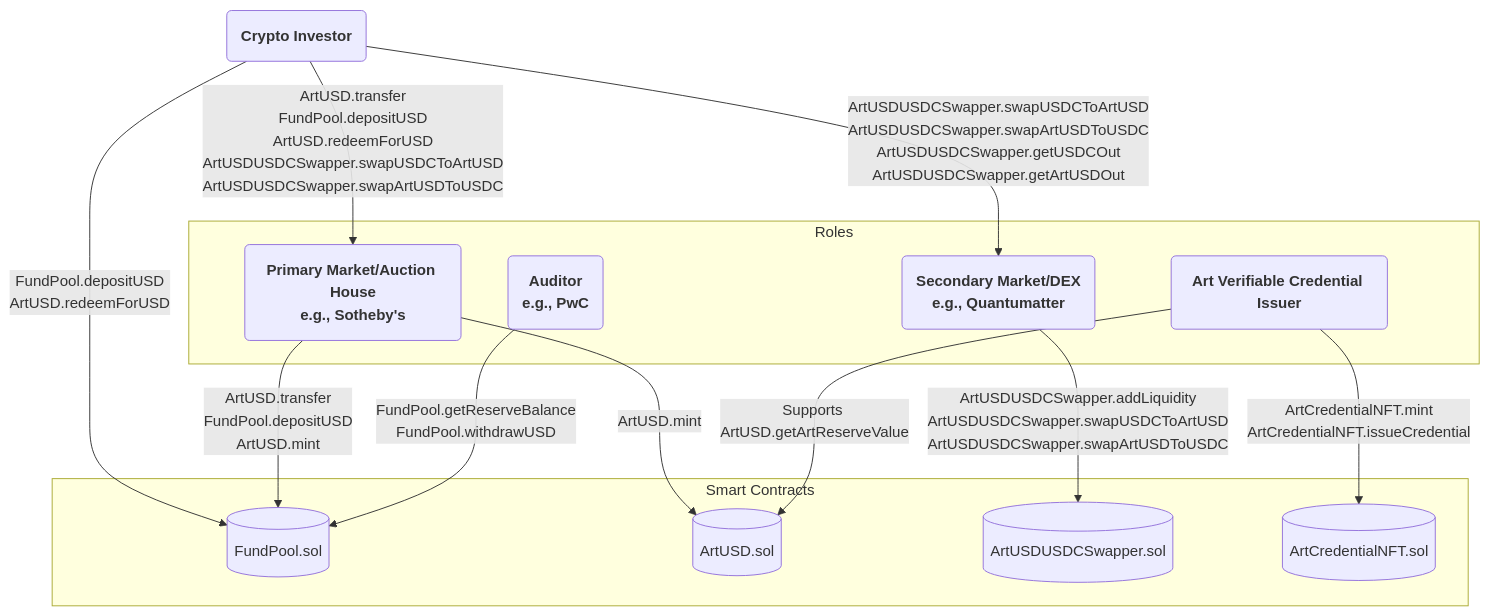
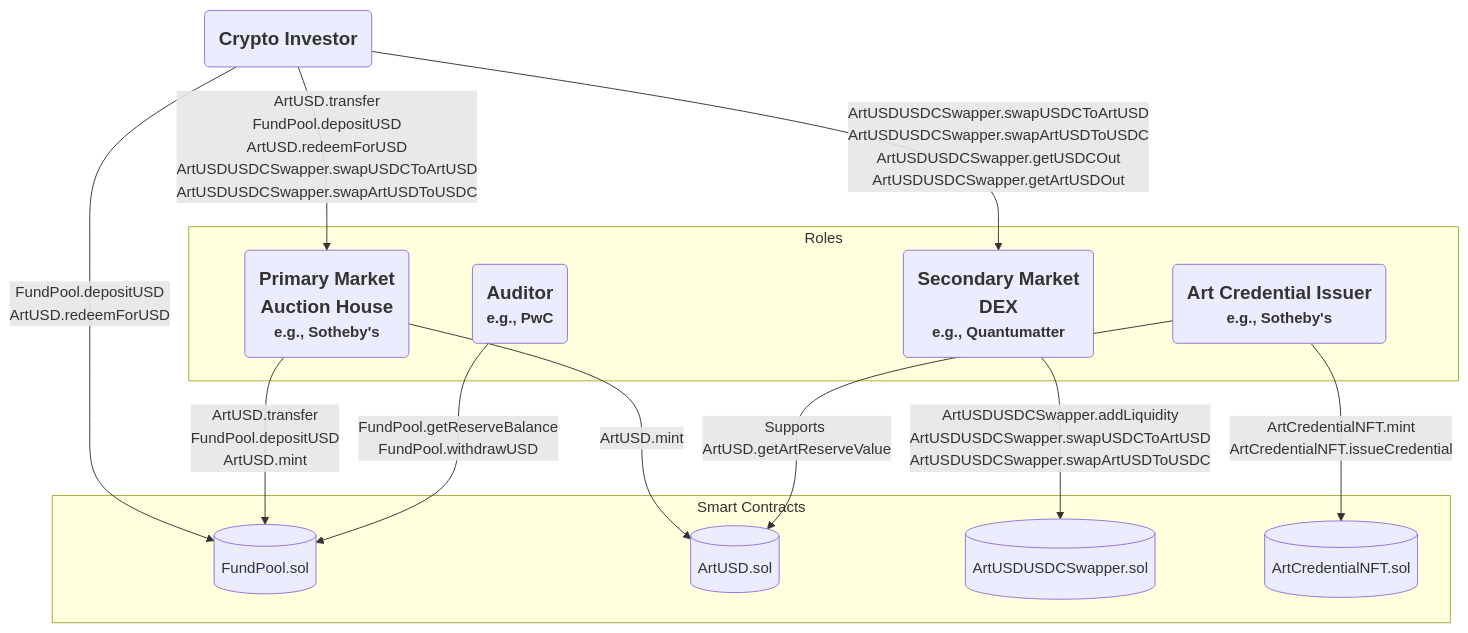
One commit to realmatterio/ArtUSD changed the diagram in README.md. Above: the diagram before and after it, drawn with Mermaid.

````diff
--- a/README.md
+++ b/README.md
@@ -57,31 +57,37 @@
 ```mermaid
-flowchart TD
+---
+Crypto Investor | Primary Market | Secondary Market| Credential Issuer | Auditor
+---
+graph TD
 
-    A(<b style="font-size: 16px;">Crypto Investor</b>) -->|ArtUSD.transfer<br>FundPool.depositUSD<br>ArtUSD.redeemForUSD<br>ArtUSDUSDCSwapper.swapUSDCToArtUSD<br>ArtUSDUSDCSwapper.swapArtUSDToUSDC| B(<b style="font-size: 16px;">Primary Market/Auction House<br>e.g., Sotheby's</b>)
+    %% Central node
+    A(<b style="font-size: 20px;">Crypto Investor</b>)
+
+    A -->|ArtUSD.transfer<br>FundPool.depositUSD<br>ArtUSD.redeemForUSD<br>ArtUSDUSDCSwapper.swapUSDCToArtUSD<br>ArtUSDUSDCSwapper.swapArtUSDToUSDC| B(<b style="font-size: 16px;">Primary Market/Auction House<br>e.g., Sotheby's</b>)
     A -->|ArtUSDUSDCSwapper.swapUSDCToArtUSD<br>ArtUSDUSDCSwapper.swapArtUSDToUSDC<br>ArtUSDUSDCSwapper.getUSDCOut<br>ArtUSDUSDCSwapper.getArtUSDOut| C(<b style="font-size: 16px;">Secondary Market/DEX<br>e.g., Quantumatter</b>)
     A -->|FundPool.depositUSD<br>ArtUSD.redeemForUSD| D[(FundPool.sol)]
 
     subgraph Roles
-        B(<b style="font-size: 16px;">Primary Market/Auction House<br>e.g., Sotheby's</b>)
-        C(<b style="font-size: 16px;">Secondary Market/DEX<br>e.g., Quantumatter</b>)
-        G(<b style="font-size: 16px;">Art Verifiable Credential Issuer</b>)
-        I(<b style="font-size: 16px;">Auditor<br>e.g., PwC</b>)
+        B(<b style="font-size: 20px;">Primary Market<br>Auction House<br></b><b style="font-size: 16px;">e.g., Sotheby's</b>)
+        C(<b style="font-size: 20px;">Secondary Market<br>DEX<br></b><b style="font-size: 16px;">e.g., Quantumatter</b>)
+        G(<b style="font-size: 20px;">Art Credential Issuer<br></b><b style="font-size: 16px;">e.g., Sotheby's</b>)
+        I(<b style="font-size: 20px;">Auditor<br></b><b style="font-size: 16px;">e.g., PwC</b>)
     end
     
     B -->|ArtUSD.transfer<br>FundPool.depositUSD<br>ArtUSD.mint| D
     B -->|ArtUSD.mint| E[(ArtUSD.sol)]
     
     C -->|ArtUSDUSDCSwapper.addLiquidity<br>ArtUSDUSDCSwapper.swapUSDCToArtUSD<br>ArtUSDUSDCSwapper.swapArtUSDToUSDC| F[(ArtUSDUSDCSwapper.sol)]
     
     G -->|ArtCredentialNFT.mint<br>ArtCredentialNFT.issueCredential| H[(ArtCredentialNFT.sol)]
     G -->|Supports ArtUSD.getArtReserveValue| E
     
     I -->|FundPool.getReserveBalance<br>FundPool.withdrawUSD| D
     
     subgraph Smart Contracts
         E[(ArtUSD.sol)]
         D[(FundPool.sol)]
         F[(ArtUSDUSDCSwapper.sol)]
         H[(ArtCredentialNFT.sol)]
     end
 ```
````
